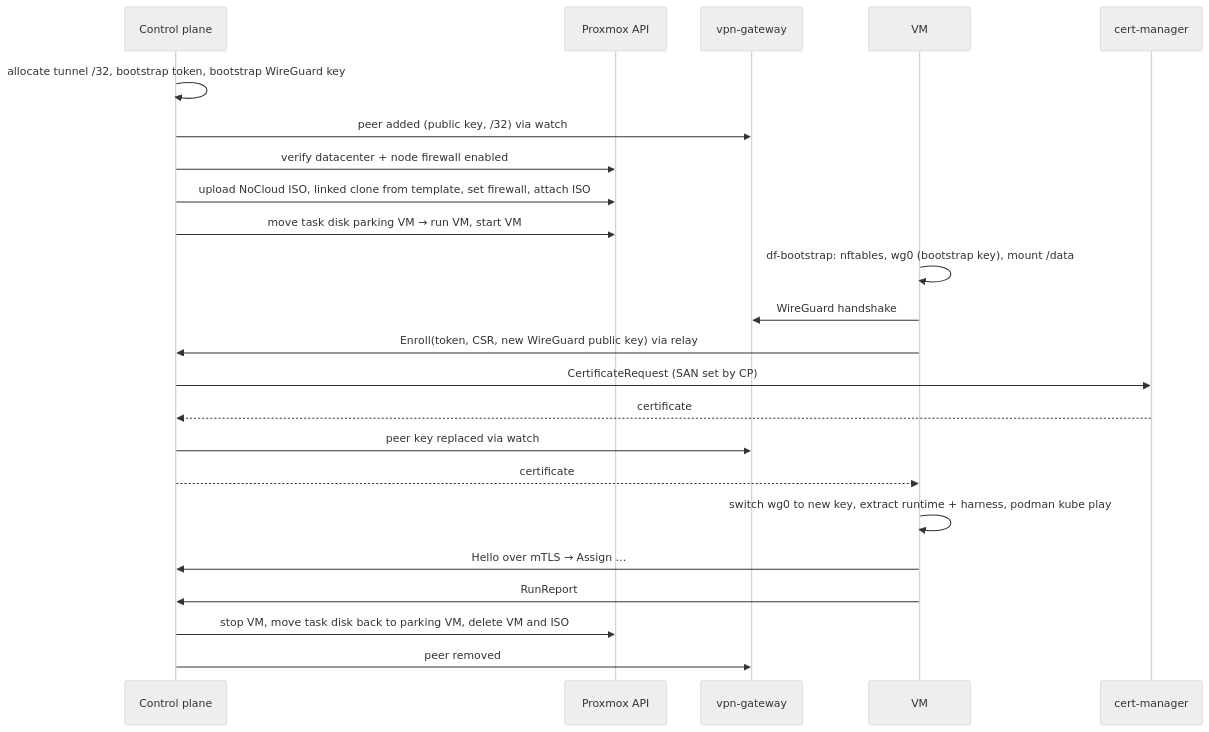
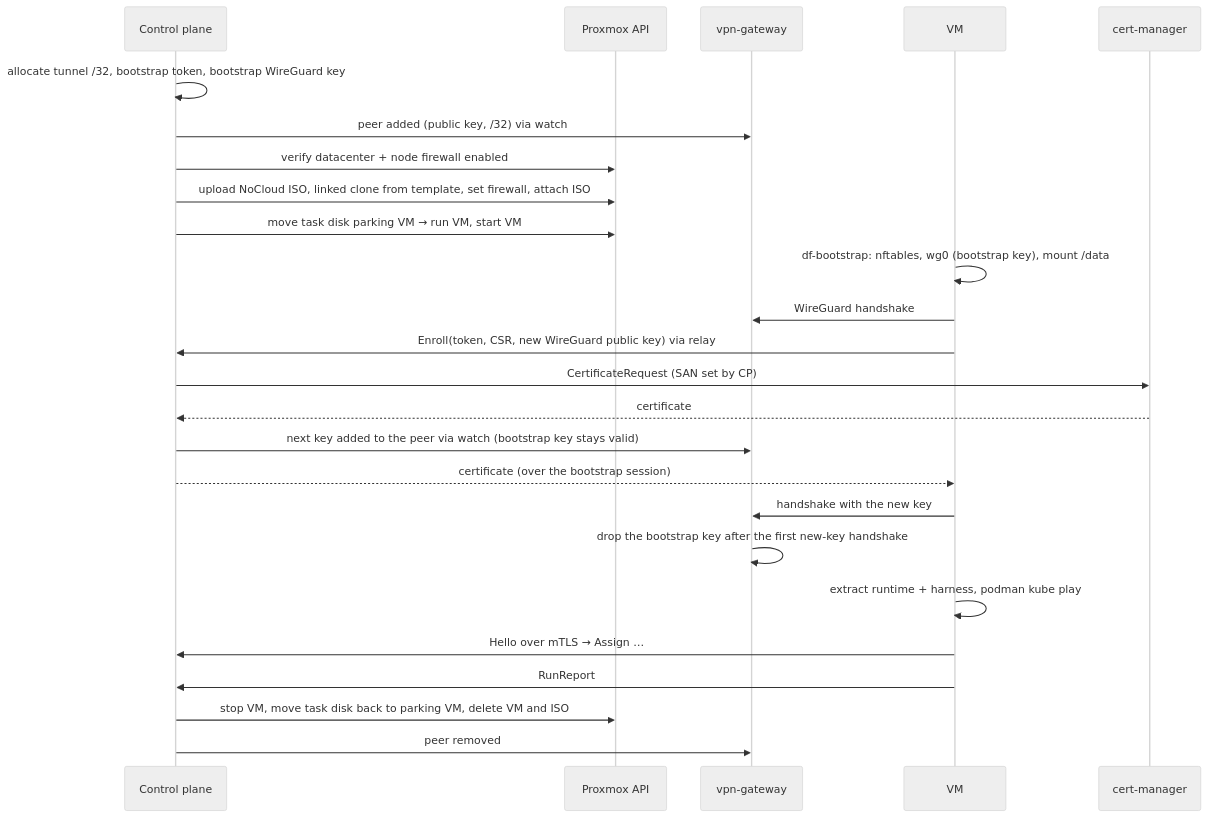
One commit to prskr/dark-factory changed the second of 2 diagrams in design/vm-sandboxes.md. Above: the diagram before and after it, drawn with Mermaid (neutral theme). The commit also changed other lines of this file, not shown here.

First line of the commit message:
docs(vm-sandboxes): define the enrollment key handoff and a stable relay endpoint

````diff
--- a/design/vm-sandboxes.md
+++ b/design/vm-sandboxes.md
@@ -78,25 +78,27 @@
 ```mermaid
 sequenceDiagram
   participant CP as Control plane
   participant PX as Proxmox API
   participant VG as vpn-gateway
   participant VM
   participant CM as cert-manager
   CP->>CP: allocate tunnel /32, bootstrap token, bootstrap WireGuard key
   CP->>VG: peer added (public key, /32) via watch
   CP->>PX: verify datacenter + node firewall enabled
   CP->>PX: upload NoCloud ISO, linked clone from template, set firewall, attach ISO
   CP->>PX: move task disk parking VM → run VM, start VM
   VM->>VM: df-bootstrap: nftables, wg0 (bootstrap key), mount /data
   VM->>VG: WireGuard handshake
   VM->>CP: Enroll(token, CSR, new WireGuard public key)  via relay
   CP->>CM: CertificateRequest (SAN set by CP)
   CM-->>CP: certificate
-  CP->>VG: peer key replaced via watch
-  CP-->>VM: certificate
-  VM->>VM: switch wg0 to new key, extract runtime + harness, podman kube play
+  CP->>VG: next key added to the peer via watch (bootstrap key stays valid)
+  CP-->>VM: certificate (over the bootstrap session)
+  VM->>VG: handshake with the new key
+  VG->>VG: drop the bootstrap key after the first new-key handshake
+  VM->>VM: extract runtime + harness, podman kube play
   VM->>CP: Hello over mTLS → Assign …
   VM->>CP: RunReport
   CP->>PX: stop VM, move task disk back to parking VM, delete VM and ISO
   CP->>VG: peer removed
 ```
````
